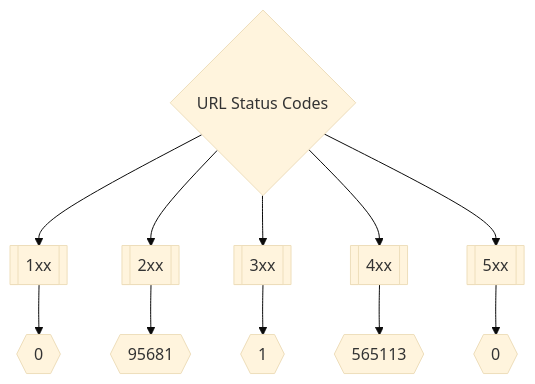
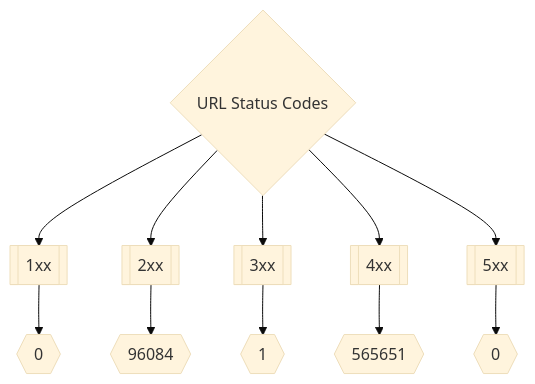
Before and after one commit to trickest/inventory: the second of 3 diagrams in README.md, drawn with Mermaid (base theme). The commit also changed other lines of this file, not shown here.

Commit message:
Update README.md Wed Jul 13 21:10:54 UTC 2022

````diff
--- a/README.md
+++ b/README.md
@@ -175,8 +175,8 @@
 ```mermaid
 graph TD
 title{URL Status Codes} --> 1xx[[1xx]] --> status1xxNum{{0}}
-title --> 2xx[[2xx]] --> status2xxNum{{95681}}
+title --> 2xx[[2xx]] --> status2xxNum{{96084}}
 title --> 3xx[[3xx]] --> status3xxNum{{1}}
-title --> 4xx[[4xx]] --> status4xxNum{{565113}}
+title --> 4xx[[4xx]] --> status4xxNum{{565651}}
 title --> 5xx[[5xx]] --> status5xxNum{{0}}
 ```
````
